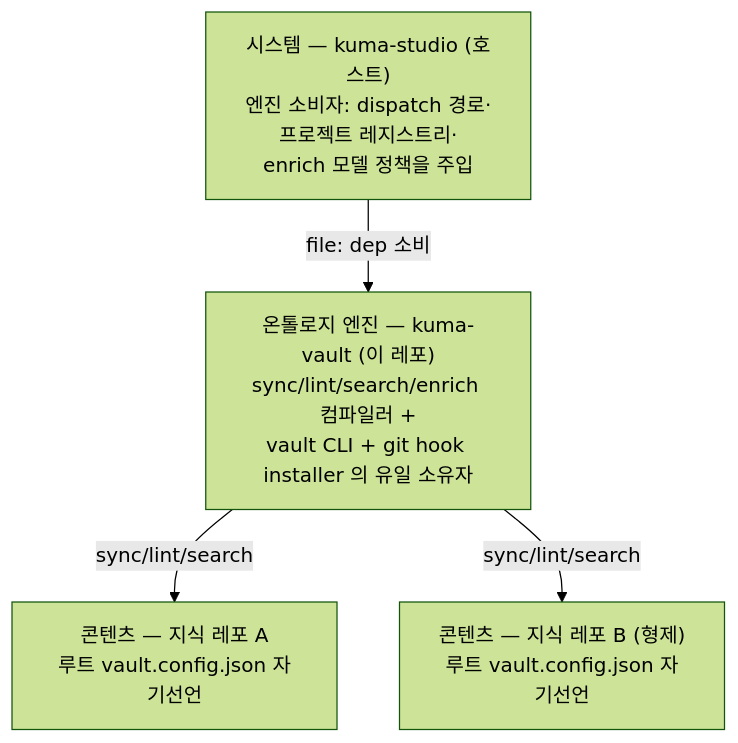
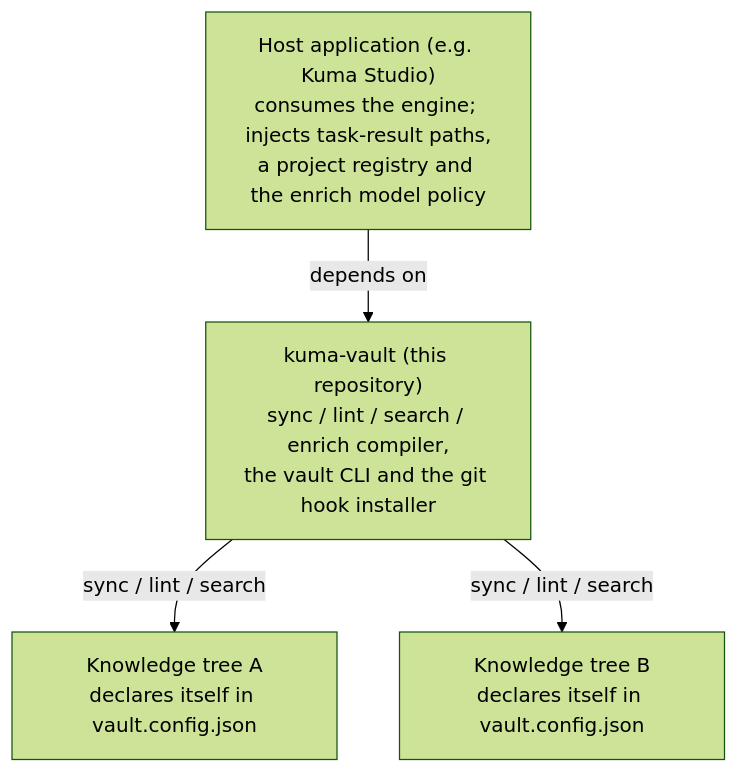
The fifth of 5 diagrams in docs/architecture.md (aldegad/kuma-vault), drawn with Mermaid (forest theme) before and after one commit. The commit also changed other lines of this file and 184 other files, not shown here.

````diff
--- a/docs/architecture.md
+++ b/docs/architecture.md
@@ -119,10 +177,10 @@
 ```mermaid
 flowchart TD
-    HOST["시스템 — kuma-studio (호스트)<br/>엔진 소비자: dispatch 경로·프로젝트 레지스트리·<br/>enrich 모델 정책을 주입"]
-    ENG["온톨로지 엔진 — kuma-vault (이 레포)<br/>sync/lint/search/enrich 컴파일러 +<br/>vault CLI + git hook installer 의 유일 소유자"]
-    K1["콘텐츠 — 지식 레포 A<br/>루트 vault.config.json 자기선언"]
-    K2["콘텐츠 — 지식 레포 B (형제)<br/>루트 vault.config.json 자기선언"]
-    HOST -->|"file: dep 소비"| ENG
-    ENG -->|"sync/lint/search"| K1
-    ENG -->|"sync/lint/search"| K2
+    HOST["Host application (e.g. Kuma Studio)<br/>consumes the engine; injects task-result paths,<br/>a project registry and the enrich model policy"]
+    ENG["kuma-vault (this repository)<br/>sync / lint / search / enrich compiler,<br/>the vault CLI and the git hook installer"]
+    K1["Knowledge tree A<br/>declares itself in vault.config.json"]
+    K2["Knowledge tree B<br/>declares itself in vault.config.json"]
+    HOST -->|"depends on"| ENG
+    ENG -->|"sync / lint / search"| K1
+    ENG -->|"sync / lint / search"| K2
 ```
````
